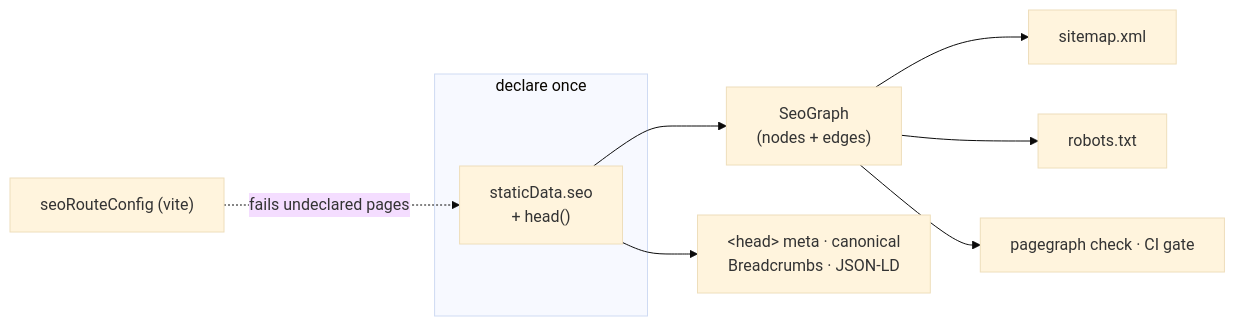
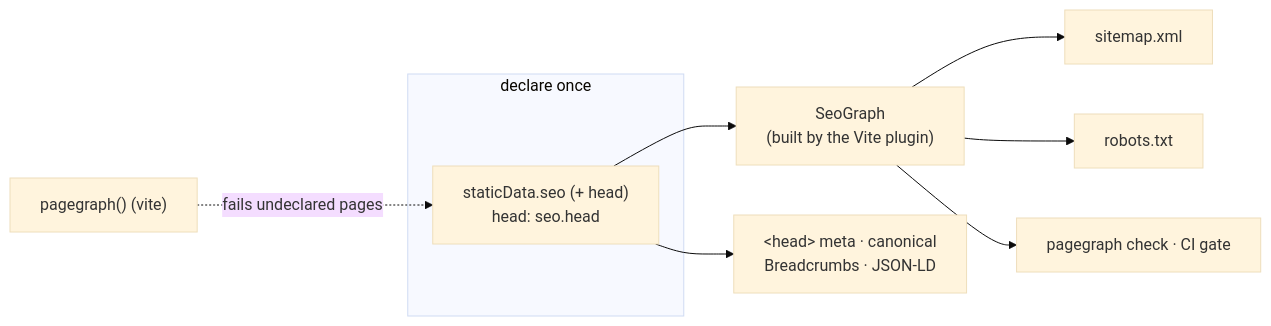
The diagram in README.md (aryasaatvik/pagegraph), drawn with Mermaid (base theme) before and after one commit. The commit also changed other lines of this file and 53 other files, not shown here.

````diff
--- a/README.md
+++ b/README.md
@@ -8,12 +9,12 @@
 ```mermaid
 flowchart LR
   subgraph declare["declare once"]
-    route["staticData.seo<br/>+ head()"]
+    route["staticData.seo (+ head)<br/>head: seo.head"]
   end
-  route --> seograph["SeoGraph<br/>(nodes + edges)"]
+  route --> seograph["SeoGraph<br/>(built by the Vite plugin)"]
   seograph --> sitemap["sitemap.xml"]
   seograph --> robots["robots.txt"]
   seograph --> check["pagegraph check · CI gate"]
   route --> head["&lt;head&gt; meta · canonical<br/>Breadcrumbs · JSON-LD"]
-  gate["seoRouteConfig (vite)"] -. "fails undeclared pages" .-> route
+  gate["pagegraph() (vite)"] -. "fails undeclared pages" .-> route
 ```
````
